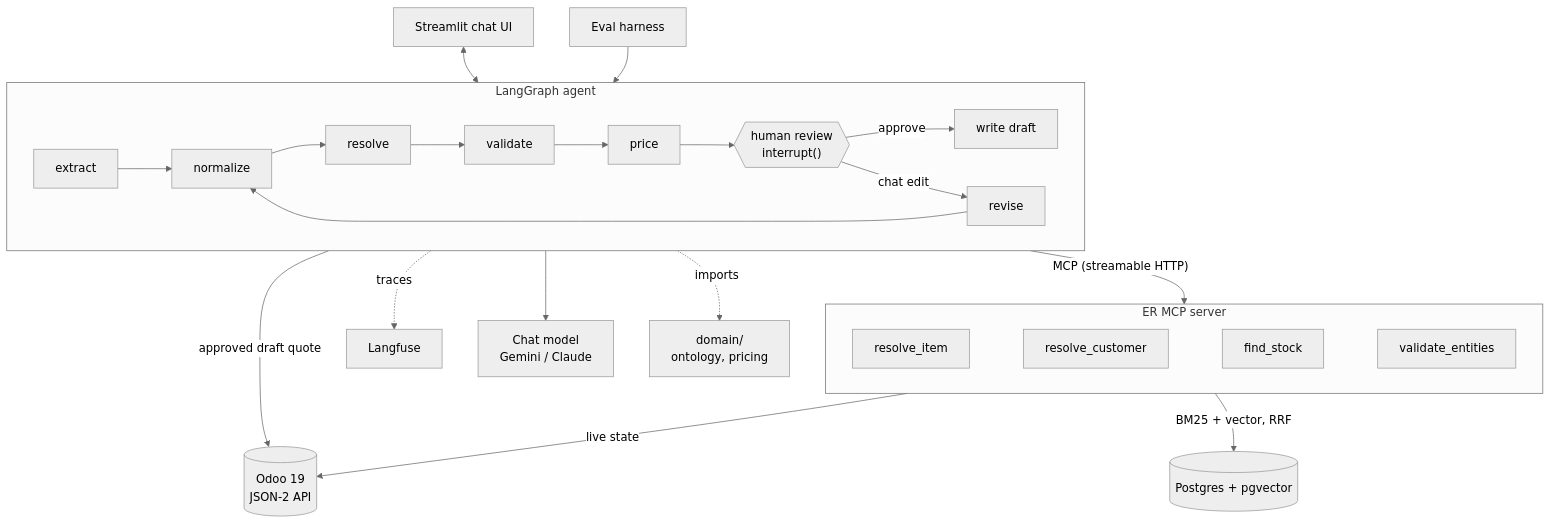
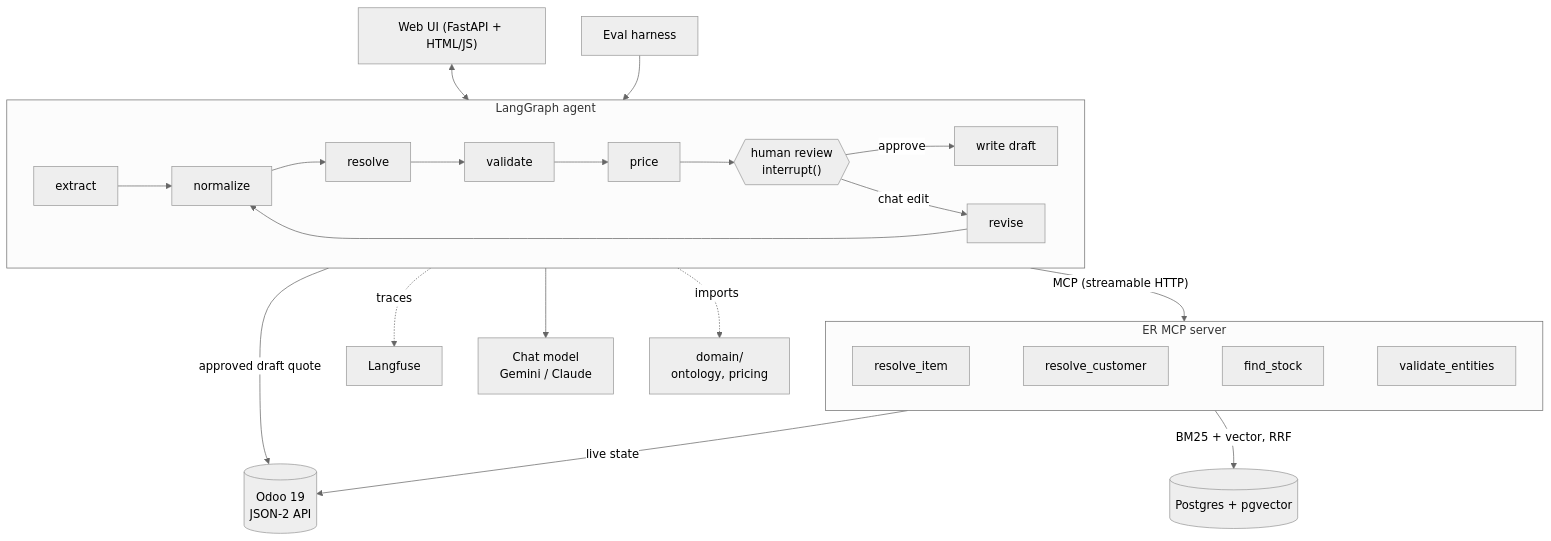
One commit to zzzhacker/steel-quote-copilot changed the diagram in README.md. Above: the diagram before and after it, drawn with Mermaid (neutral theme). The commit also changed other lines of this file and 23 other files, not shown here.

````diff
--- a/README.md
+++ b/README.md
@@ -17,22 +17,22 @@
 ```mermaid
 flowchart TB
-    UI["Streamlit chat UI"] <--> Agent
+    UI["Web UI (FastAPI + HTML/JS)"] <--> Agent
     Evals["Eval harness"] --> Agent
     subgraph Agent["LangGraph agent"]
         direction LR
         extract --> normalize --> resolve --> validate --> price --> review{{"human review<br/>interrupt()"}}
         review -- approve --> draft["write draft"]
         review -- chat edit --> revise --> normalize
     end
     Agent -. traces .-> LF["Langfuse"]
     Agent --> LLM["Chat model<br/>Gemini / Claude"]
     Agent -. imports .-> Domain["domain/<br/>ontology, pricing"]
     Agent -- "MCP (streamable HTTP)" --> ER
     subgraph ER["ER MCP server"]
         direction LR
         ri["resolve_item"] ~~~ rc["resolve_customer"] ~~~ fs["find_stock"] ~~~ ve["validate_entities"]
     end
     ER -- "live state" --> Odoo[("Odoo 19<br/>JSON-2 API")]
     ER -- "BM25 + vector, RRF" --> PG[("Postgres + pgvector")]
     draft -- "approved draft quote" --> Odoo
 ```
````
